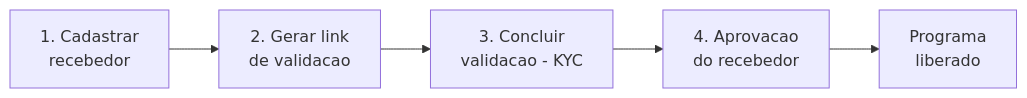
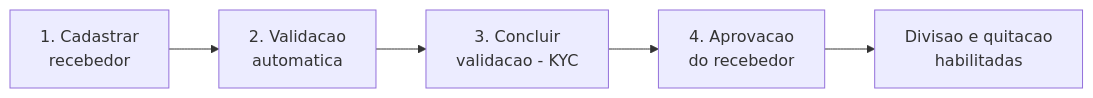
One commit to LocFlowTeam/locflow-docs changed the second of 2 diagrams in configuracoes/programa-de-parceiros.md. Above: the diagram before and after it, drawn with Mermaid. The commit also changed other lines of this file and 32 other files, not shown here.

````diff
--- a/configuracoes/programa-de-parceiros.md
+++ b/configuracoes/programa-de-parceiros.md
@@ -75,7 +85,7 @@
 ```mermaid
 flowchart LR
-    R[1. Cadastrar<br/>recebedor] --> K[2. Gerar link<br/>de validacao]
+    R[1. Cadastrar<br/>recebedor] --> K[2. Validacao<br/>automatica]
     K --> V[3. Concluir<br/>validacao - KYC]
     V --> A[4. Aprovacao<br/>do recebedor]
-    A --> L[Programa<br/>liberado]
+    A --> L[Divisao e quitacao<br/>habilitadas]
 ```
````
